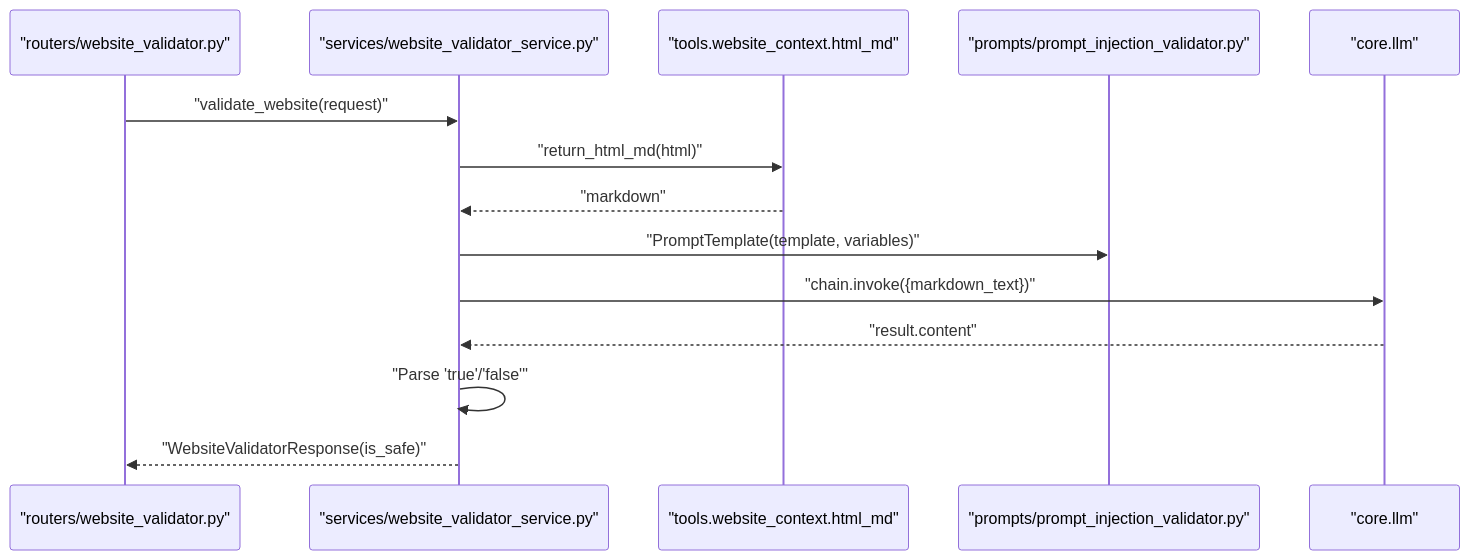
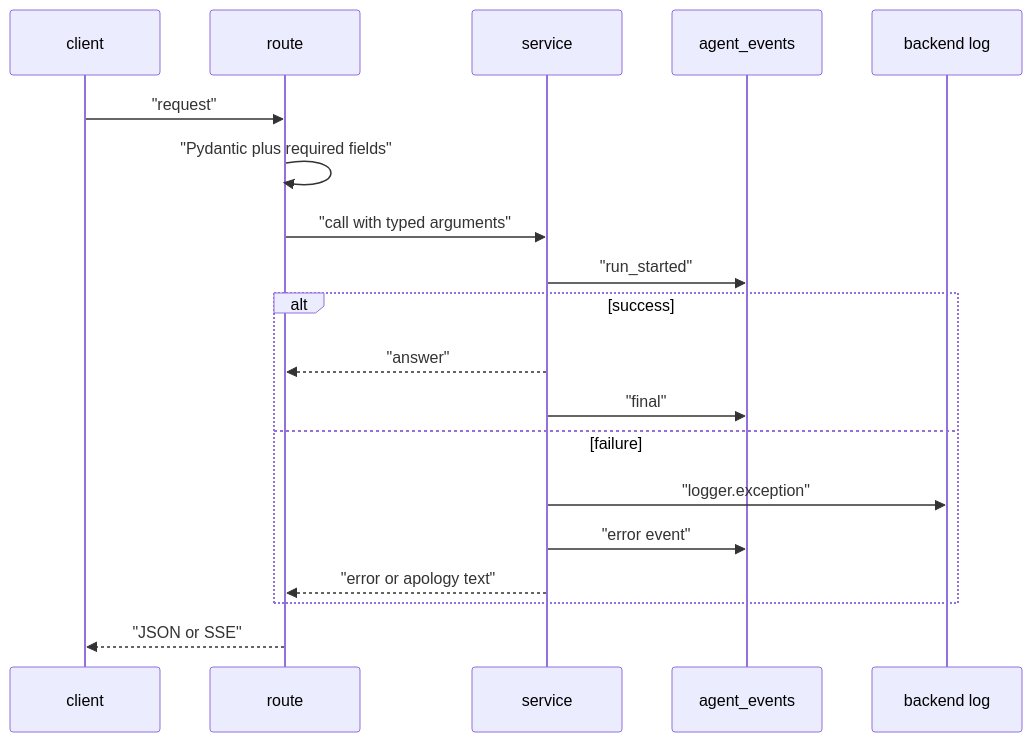
Before and after one commit to tashifkhan/tashif.codes: the third of 7 diagrams in src/data/docs/agentic-browser/Data Models and Schemas/Validation and Error Handling.md, drawn with Mermaid. The commit also changed other lines of this file and 114 other files, not shown here.

````diff
--- a/src/data/docs/agentic-browser/Data Models and Schemas/Validation and Error Handling.md
+++ b/src/data/docs/agentic-browser/Data Models and Schemas/Validation and Error Handling.md
@@ -186,16 +105,21 @@
 ```mermaid
 sequenceDiagram
-participant Router as "routers/website_validator.py"
-participant Service as "services/website_validator_service.py"
-participant HTMLMD as "tools.website_context.html_md"
-participant Prompt as "prompts/prompt_injection_validator.py"
-participant LLM as "core.llm"
-Router->>Service : "validate_website(request)"
-Service->>HTMLMD : "return_html_md(html)"
-HTMLMD-->>Service : "markdown"
-Service->>Prompt : "PromptTemplate(template, variables)"
-Service->>LLM : "chain.invoke({markdown_text})"
-LLM-->>Service : "result.content"
-Service->>Service : "Parse 'true'/'false'"
-Service-->>Router : "WebsiteValidatorResponse(is_safe)"
+  participant C as client
+  participant R as route
+  participant S as service
+  participant T as agent_events
+  participant L as backend log
+  C->>R: "request"
+  R->>R: "Pydantic plus required fields"
+  R->>S: "call with typed arguments"
+  S->>T: "run_started"
+  alt success
+    S-->>R: "answer"
+    S->>T: "final"
+  else failure
+    S->>L: "logger.exception"
+    S->>T: "error event"
+    S-->>R: "error or apology text"
+  end
+  R-->>C: "JSON or SSE"
 ```
````
